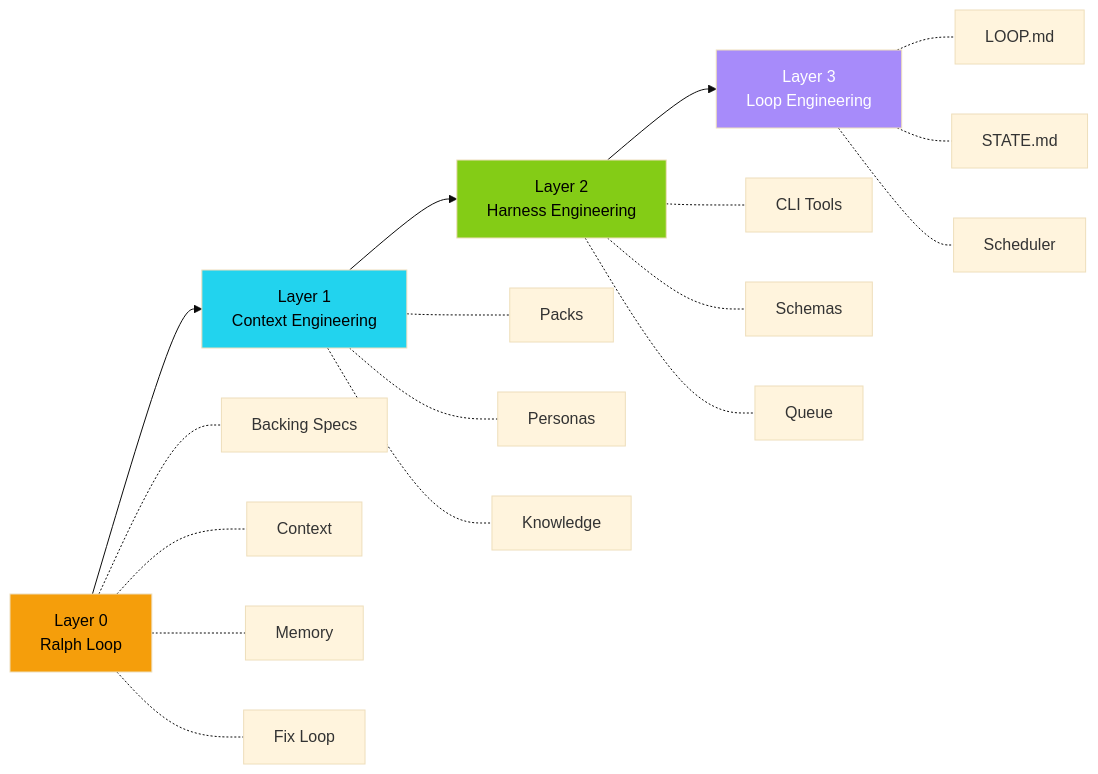
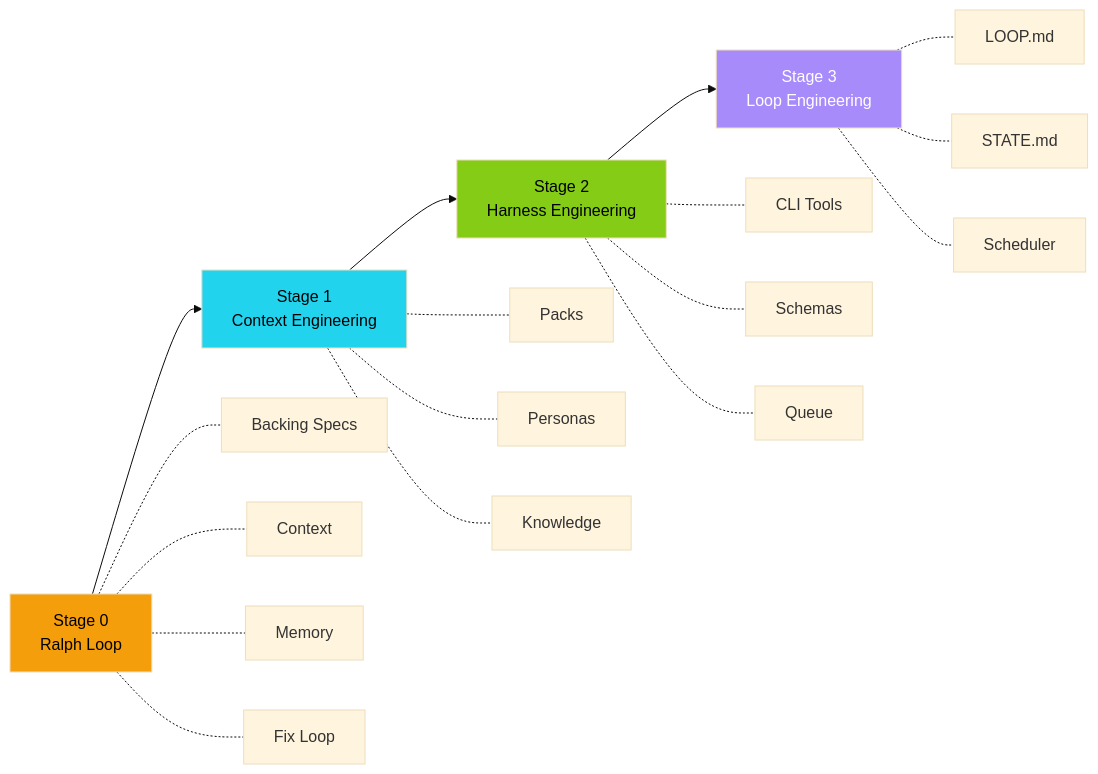
Before and after one commit to ulises-jeremias/ai-workspace: the second of 2 diagrams in docs/ARCHITECTURE.md, drawn with Mermaid (base theme). The commit also changed other lines of this file and 17 other files, not shown here.

````diff
--- a/docs/ARCHITECTURE.md
+++ b/docs/ARCHITECTURE.md
@@ -174,28 +181,28 @@
 ```mermaid
 graph LR
-    L0[Layer 0<br/>Ralph Loop] --> L1[Layer 1<br/>Context Engineering]
-    L1 --> L2[Layer 2<br/>Harness Engineering]
-    L2 --> L3[Layer 3<br/>Loop Engineering]
+    S0[Stage 0<br/>Ralph Loop] --> S1[Stage 1<br/>Context Engineering]
+    S1 --> S2[Stage 2<br/>Harness Engineering]
+    S2 --> S3[Stage 3<br/>Loop Engineering]
 
-    L0 -.- S1[Backing Specs]
-    L0 -.- S2[Context]
-    L0 -.- S3[Memory]
-    L0 -.- S4[Fix Loop]
+    S0 -.- A1[Backing Specs]
+    S0 -.- A2[Context]
+    S0 -.- A3[Memory]
+    S0 -.- A4[Fix Loop]
 
-    L1 -.- C1[Packs]
-    L1 -.- C2[Personas]
-    L1 -.- C3[Knowledge]
+    S1 -.- C1[Packs]
+    S1 -.- C2[Personas]
+    S1 -.- C3[Knowledge]
 
-    L2 -.- H1[CLI Tools]
-    L2 -.- H2[Schemas]
-    L2 -.- H3[Queue]
+    S2 -.- H1[CLI Tools]
+    S2 -.- H2[Schemas]
+    S2 -.- H3[Queue]
 
-    L3 -.- O1[LOOP.md]
-    L3 -.- O2[STATE.md]
-    L3 -.- O3[Scheduler]
+    S3 -.- O1[LOOP.md]
+    S3 -.- O2[STATE.md]
+    S3 -.- O3[Scheduler]
 
-    style L0 fill:#f59e0b,color:#000
-    style L1 fill:#22d3ee,color:#000
-    style L2 fill:#84cc16,color:#000
-    style L3 fill:#a78bfa,color:#fff
+    style S0 fill:#f59e0b,color:#000
+    style S1 fill:#22d3ee,color:#000
+    style S2 fill:#84cc16,color:#000
+    style S3 fill:#a78bfa,color:#fff
 ```
````
